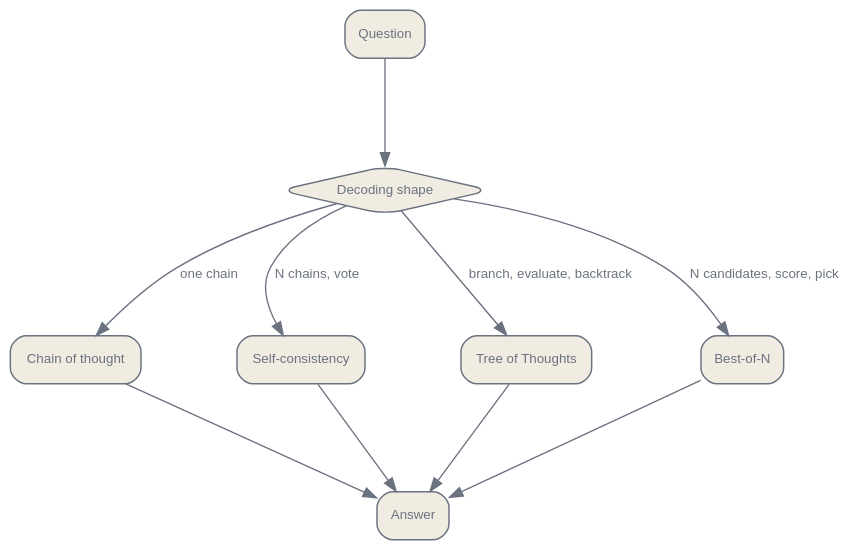
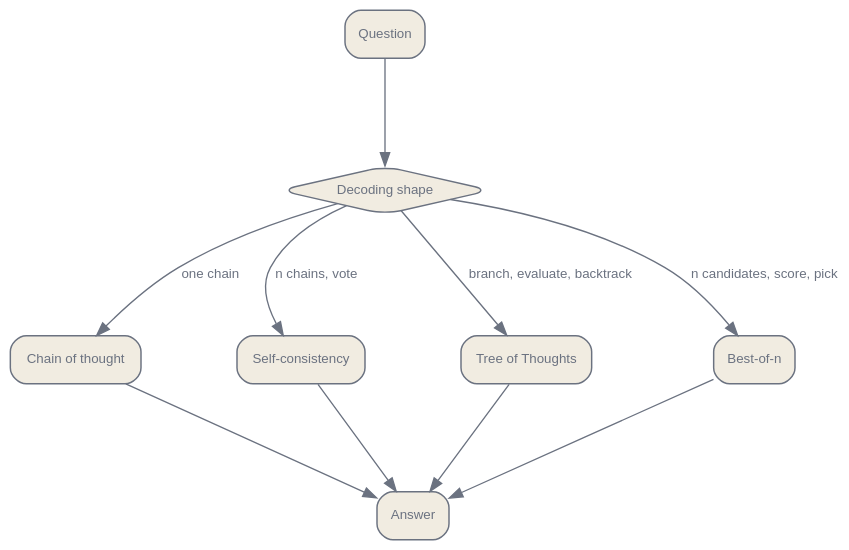
The first of 3 diagrams in en/reasoning/01-eliciting-reasoning.qmd (latere-ai/ai-as-an-infrastructure), drawn with Graphviz before and after one commit. The commit also changed other lines of this file and 3 other files, not shown here.

````diff
--- a/en/reasoning/01-eliciting-reasoning.qmd
+++ b/en/reasoning/01-eliciting-reasoning.qmd
@@ -37,27 +37,27 @@
 ```{dot}
 //| label: fig-eliciting-reasoning-shapes
 //| fig-cap: "Four decoding shapes that elicit and select reasoning from a fixed model. Each spends more inference compute than greedy decoding, in a different structure."
 digraph {
   bgcolor="transparent";
   rankdir=TB;
   nodesep=1.0; ranksep=1.1;
   node [shape=box, style="rounded,filled", fontname="Helvetica", fontsize=10, color="#6b7280", fontcolor="#6b7280", fillcolor="#f1ece1", penwidth=1.1];
   edge [fontsize=10, fontname="Helvetica", color="#6b7280", fontcolor="#6b7280"];
   Q [label="Question"];
   M [label="Decoding shape", shape=diamond];
   CoT [label="Chain of thought"];
   SC [label="Self-consistency"];
   ToT [label="Tree of Thoughts"];
-  BoN [label="Best-of-N"];
+  BoN [label="Best-of-n"];
   A [label="Answer"];
   Q -> M;
   M -> CoT [label="one chain"];
-  M -> SC [label="N chains, vote"];
+  M -> SC [label="n chains, vote"];
   M -> ToT [label="branch, evaluate, backtrack"];
-  M -> BoN [label="N candidates, score, pick"];
+  M -> BoN [label="n candidates, score, pick"];
   CoT -> A;
   SC -> A;
   ToT -> A;
   BoN -> A;
 }
 ```
````
